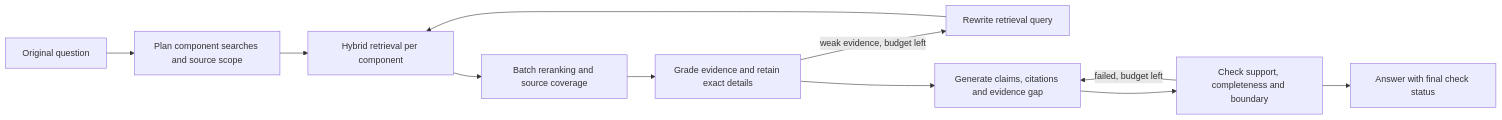
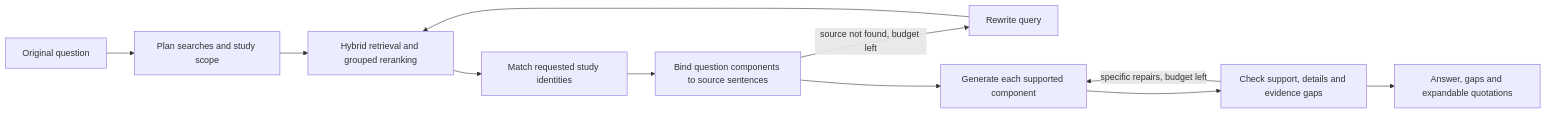
Before and after one commit to lijingshan-6/medrag-agent: the diagram in docs/agent-workflow.md, drawn with Mermaid. The commit also changed other lines of this file and 47 other files, not shown here.

Commit message:
feat: bind v0.4 answers to source components and expose evidence gaps

````diff
--- a/docs/agent-workflow.md
+++ b/docs/agent-workflow.md
@@ -7,13 +7,13 @@
 ```mermaid
 flowchart LR
-  Q[Original question] --> P[Plan component searches and source scope]
-  P --> R[Hybrid retrieval per component]
-  R --> B[Batch reranking and source coverage]
-  B --> G[Grade evidence and retain exact details]
-  G -->|weak evidence, budget left| W[Rewrite retrieval query]
+  Q[Original question] --> P[Plan searches and study scope]
+  P --> R[Hybrid retrieval and grouped reranking]
+  R --> S[Match requested study identities]
+  S --> G[Bind question components to source sentences]
+  G -->|source not found, budget left| W[Rewrite query]
   W --> R
-  G --> A[Generate claims, citations and evidence gap]
-  A --> C[Check support, completeness and boundary]
-  C -->|failed, budget left| A
-  C --> F[Answer with final check status]
+  G --> A[Generate each supported component]
+  A --> C[Check support, details and evidence gaps]
+  C -->|specific repairs, budget left| A
+  C --> F[Answer, gaps and expandable quotations]
 ```
````
